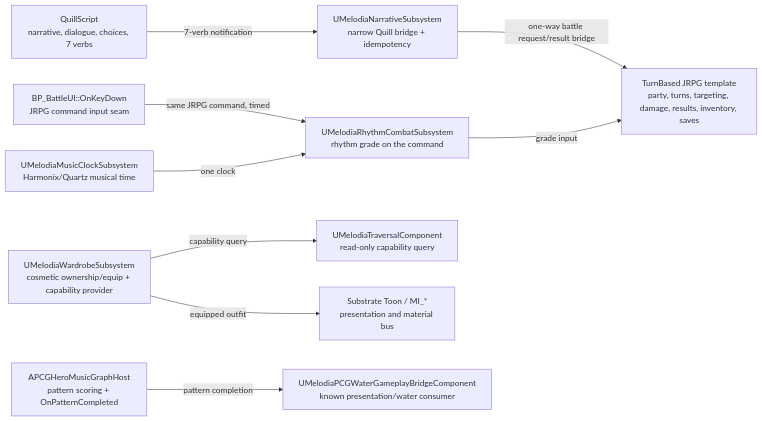
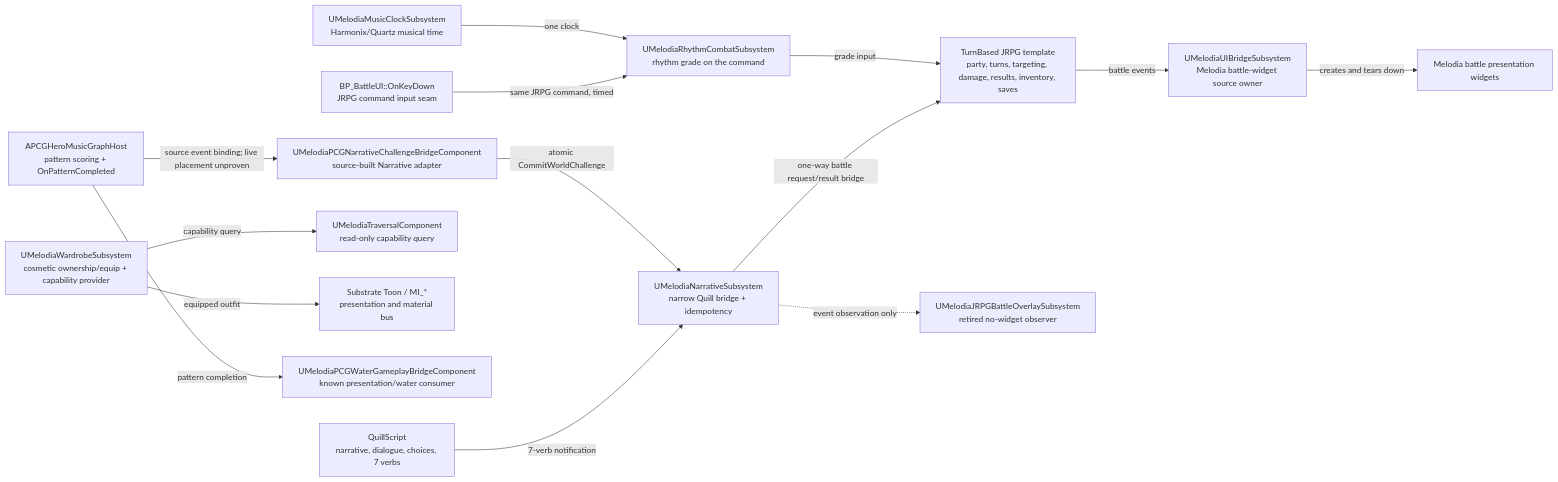
The first of 5 diagrams in Docs/Portfolio/GAMEPLAY_SYSTEMS_CASE_STUDY_SOURCE_2026-08-24.md (fromage3900/MelodiaMelusinaV2), drawn with Mermaid before and after one commit. The commit also changed other lines of this file and 1 other file, not shown here.

````diff
--- a/Docs/Portfolio/GAMEPLAY_SYSTEMS_CASE_STUDY_SOURCE_2026-08-24.md
+++ b/Docs/Portfolio/GAMEPLAY_SYSTEMS_CASE_STUDY_SOURCE_2026-08-24.md
@@ -30,23 +30,32 @@
 ```mermaid
 flowchart LR
     Q[QuillScript\nnarrative, dialogue, choices, 7 verbs]
     N[UMelodiaNarrativeSubsystem\nnarrow Quill bridge + idempotency]
     J[TurnBased JRPG template\nparty, turns, targeting, damage, results, inventory, saves]
     C[BP_BattleUI::OnKeyDown\nJRPG command input seam]
     R[UMelodiaRhythmCombatSubsystem\nrhythm grade on the command]
     T[UMelodiaMusicClockSubsystem\nHarmonix/Quartz musical time]
     W[UMelodiaWardrobeSubsystem\ncosmetic ownership/equip + capability provider]
     V[UMelodiaTraversalComponent\nread-only capability query]
     P[Substrate Toon / MI_*\npresentation and material bus]
     M[APCGHeroMusicGraphHost\npattern scoring + OnPatternCompleted]
     X[UMelodiaPCGWaterGameplayBridgeComponent\nknown presentation/water consumer]
+    Y[UMelodiaPCGNarrativeChallengeBridgeComponent\nsource-built Narrative adapter]
+    UI[UMelodiaUIBridgeSubsystem\nMelodia battle-widget source owner]
+    O[UMelodiaJRPGBattleOverlaySubsystem\nretired no-widget observer]
+    H[Melodia battle presentation widgets]
 
     Q -->|7-verb notification| N
     N -->|one-way battle request/result bridge| J
     C -->|same JRPG command, timed| R
     T -->|one clock| R
     R -->|grade input| J
     W -->|equipped outfit| P
     W -->|capability query| V
     M -->|pattern completion| X
+    M -->|source event binding; live placement unproven| Y
+    Y -->|atomic CommitWorldChallenge| N
+    J -->|battle events| UI
+    UI -->|creates and tears down| H
+    N -.->|event observation only| O
 ```
````
